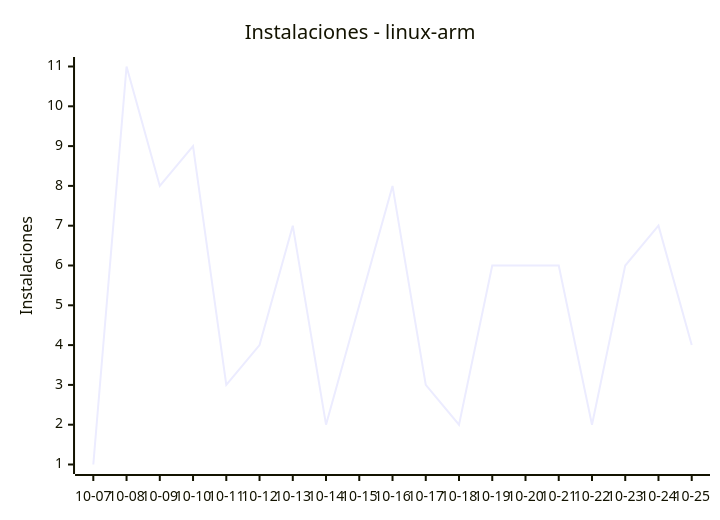
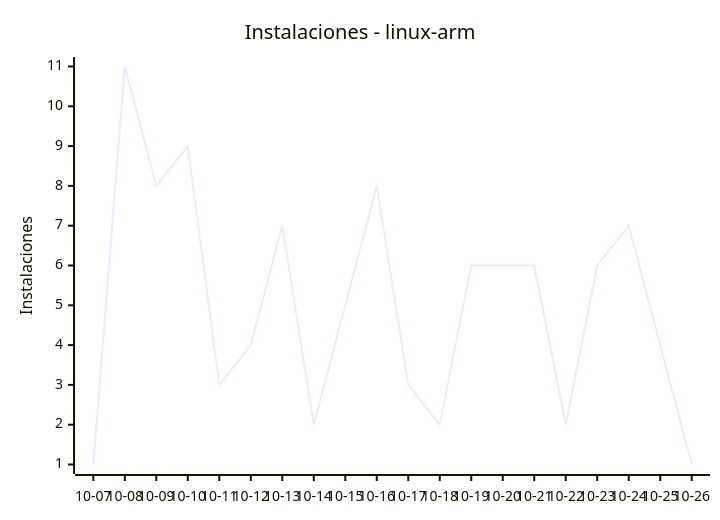
The sixth of 9 diagrams in README.md (EmuDeck/stats), drawn with Mermaid before and after one commit. The commit also changed other lines of this file and 2 other files, not shown here.

````diff
--- a/README.md
+++ b/README.md
@@ -68,7 +68,7 @@
 ```mermaid
 xychart-beta
     title "Instalaciones - linux-arm"
-    x-axis ["10-07", "10-08", "10-09", "10-10", "10-11", "10-12", "10-13", "10-14", "10-15", "10-16", "10-17", "10-18", "10-19", "10-20", "10-21", "10-22", "10-23", "10-24", "10-25"]
+    x-axis ["10-07", "10-08", "10-09", "10-10", "10-11", "10-12", "10-13", "10-14", "10-15", "10-16", "10-17", "10-18", "10-19", "10-20", "10-21", "10-22", "10-23", "10-24", "10-25", "10-26"]
     y-axis "Instalaciones"
-    line [1, 11, 8, 9, 3, 4, 7, 2, 5, 8, 3, 2, 6, 6, 6, 2, 6, 7, 4]
+    line [1, 11, 8, 9, 3, 4, 7, 2, 5, 8, 3, 2, 6, 6, 6, 2, 6, 7, 4, 1]
 ```
````
